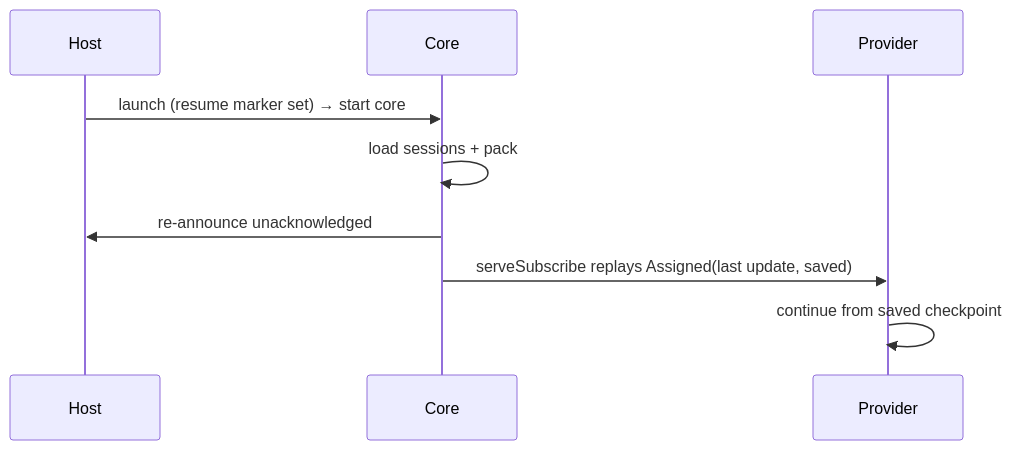
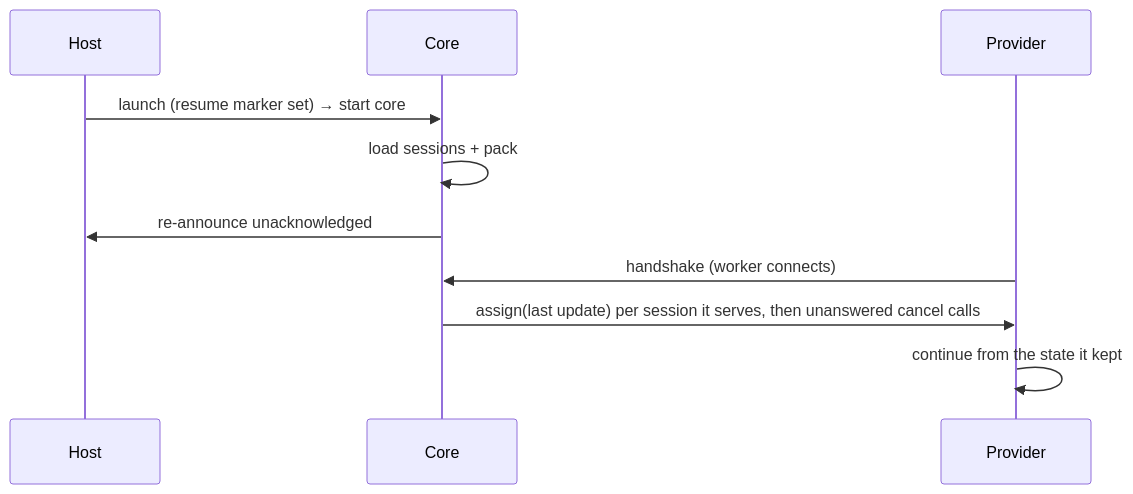
The eighth of 8 diagrams in docs/design/funding-modality.md (paritytech/trinity-user-agents), drawn with Mermaid before and after one commit. The commit also changed other lines of this file, not shown here.

Commit message:
docs(design): the core calls the provider's worker; one offer per cancel

````diff
--- a/docs/design/funding-modality.md
+++ b/docs/design/funding-modality.md
@@ -237,11 +238,12 @@
 ```mermaid
 sequenceDiagram
   participant H as Host
   participant C as Core
   participant W as Provider
   H->>C: launch (resume marker set) → start core
   C->>C: load sessions + pack
   C->>H: re-announce unacknowledged
-  C->>W: serveSubscribe replays Assigned(last update, saved)
-  W->>W: continue from saved checkpoint
+  W->>C: handshake (worker connects)
+  C->>W: assign(last update) per session it serves, then unanswered cancel calls
+  W->>W: continue from the state it kept
 ```
````
